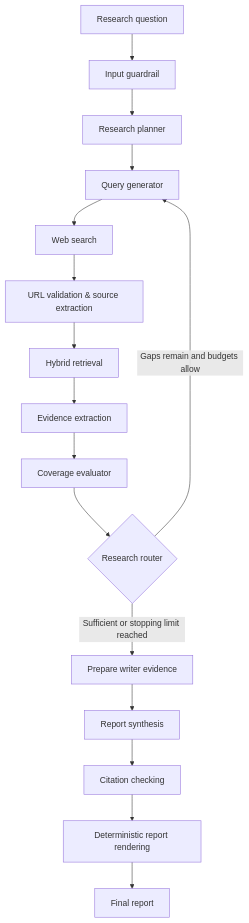
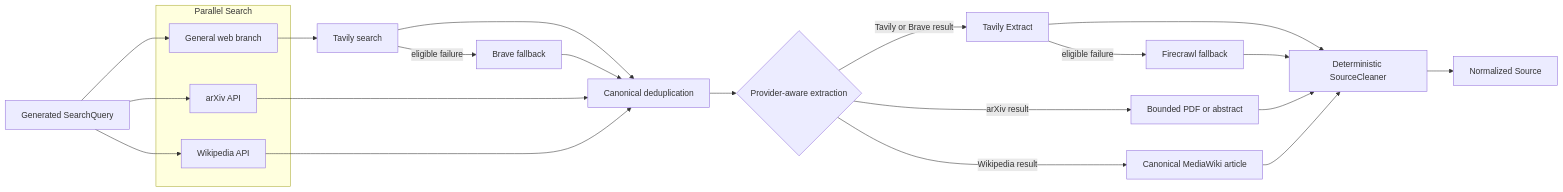
One commit to Ishwaridutt/deep-research-agent changed the fifth of 11 diagrams in readme.md. Above: the diagram before and after it, drawn with Mermaid. The commit also changed other lines of this file and 59 other files, not shown here.

````diff
--- a/readme.md
+++ b/readme.md
@@ -52,18 +247,33 @@
 ```mermaid
-flowchart TD
-    A[Research question] --> B[Input guardrail]
-    B --> C[Research planner]
-    C --> D[Query generator]
-    D --> E[Web search]
-    E --> F[URL validation & source extraction]
-    F --> G[Hybrid retrieval]
-    G --> H[Evidence extraction]
-    H --> I[Coverage evaluator]
-    I --> J{Research router}
-    J -->|Gaps remain and budgets allow| D
-    J -->|Sufficient or stopping limit reached| K[Prepare writer evidence]
-    K --> L[Report synthesis]
-    L --> M[Citation checking]
-    M --> N[Deterministic report rendering]
-    N --> O[Final report]
+flowchart LR
+    Query[Generated SearchQuery]
+
+    subgraph Parallel Search
+        General[General web branch]
+        Arxiv[arXiv API]
+        Wiki[Wikipedia API]
+    end
+
+    Query --> General
+    Query --> Arxiv
+    Query --> Wiki
+    General --> Tavily[Tavily search]
+    Tavily -->|eligible failure| Brave[Brave fallback]
+
+    Tavily --> Merge[Canonical deduplication]
+    Brave --> Merge
+    Arxiv --> Merge
+    Wiki --> Merge
+
+    Merge --> Route{Provider-aware extraction}
+    Route -->|Tavily or Brave result| TavilyExtract[Tavily Extract]
+    TavilyExtract -->|eligible failure| Firecrawl[Firecrawl fallback]
+    Route -->|arXiv result| ArxivLoad[Bounded PDF or abstract]
+    Route -->|Wikipedia result| WikiLoad[Canonical MediaWiki article]
+
+    TavilyExtract --> Cleaner[Deterministic SourceCleaner]
+    Firecrawl --> Cleaner
+    ArxivLoad --> Cleaner
+    WikiLoad --> Cleaner
+    Cleaner --> Source[Normalized Source]
 ```
````
